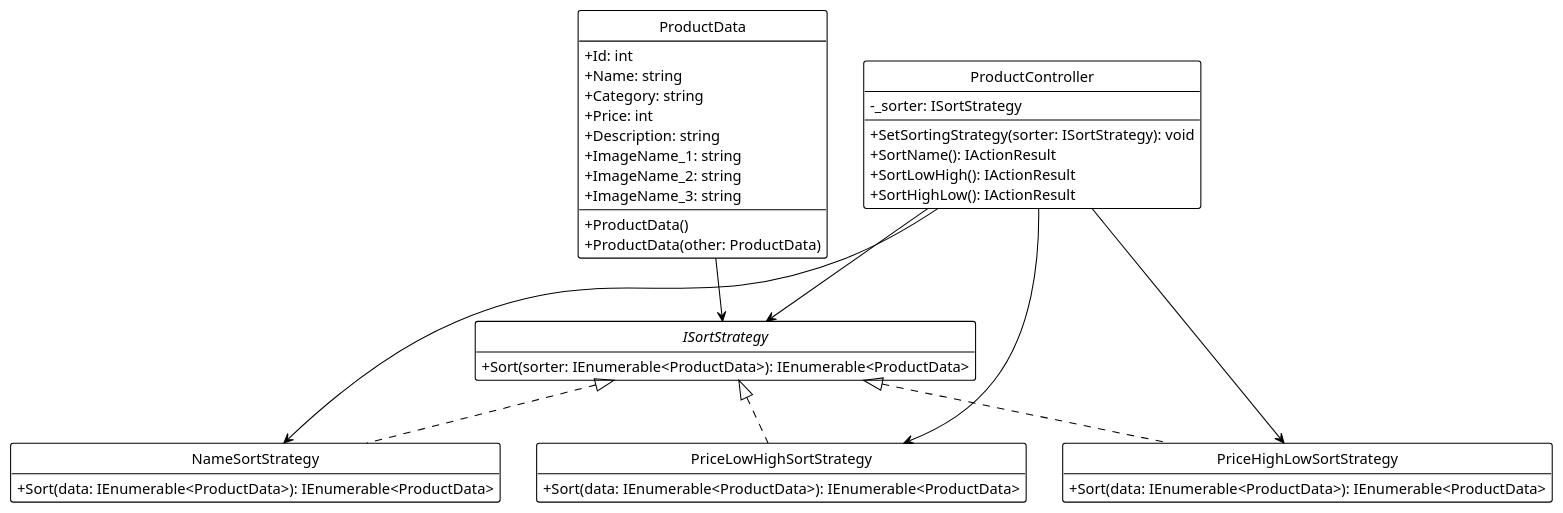
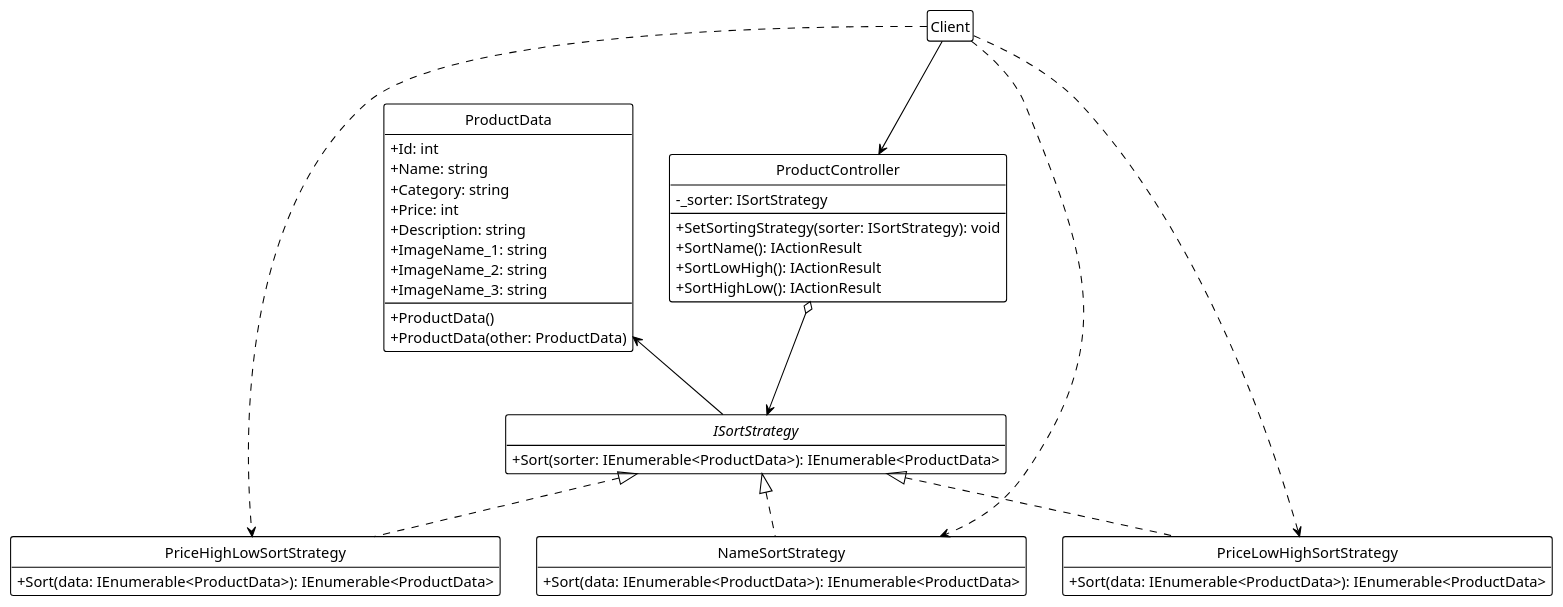
Before and after one commit to TibirnaVitalie/Proiect-TMPS: the diagram in UML/Strategy.puml, drawn with PlantUML. The commit also changed 9 other files, not shown here.

Commit message:
UML updates

```diff
--- a/UML/Strategy.puml
+++ b/UML/Strategy.puml
@@ -1,53 +1,55 @@
 @startuml
 !theme plain
 hide circle
 hide empty members
 skinparam classAttributeIconSize 0
 
 interface ISortStrategy {
     + Sort(sorter: IEnumerable<ProductData>): IEnumerable<ProductData>
 }
 
 class NameSortStrategy {
     + Sort(data: IEnumerable<ProductData>): IEnumerable<ProductData>
 }
 
 class PriceLowHighSortStrategy {
     + Sort(data: IEnumerable<ProductData>): IEnumerable<ProductData>
 }
 
 class PriceHighLowSortStrategy {
     + Sort(data: IEnumerable<ProductData>): IEnumerable<ProductData>
 }
 
 class ProductData {
     + Id: int
     + Name: string
     + Category: string
     + Price: int
     + Description: string
     + ImageName_1: string
     + ImageName_2: string
     + ImageName_3: string
     + ProductData()
     + ProductData(other: ProductData)
 }
 
 class ProductController {
     - _sorter: ISortStrategy
     + SetSortingStrategy(sorter: ISortStrategy): void
     + SortName(): IActionResult
     + SortLowHigh(): IActionResult
     + SortHighLow(): IActionResult
 }
 
 ISortStrategy <|.. NameSortStrategy
 ISortStrategy <|.. PriceLowHighSortStrategy
 ISortStrategy <|.. PriceHighLowSortStrategy
-ProductData --> ISortStrategy
-ProductController --> ISortStrategy
-ProductController --> NameSortStrategy
-ProductController --> PriceLowHighSortStrategy
-ProductController --> PriceHighLowSortStrategy
+ProductData <-- ISortStrategy
+ProductController o--> ISortStrategy
+
+Client --> ProductController
+Client ..> NameSortStrategy
+Client ..> PriceLowHighSortStrategy
+Client ..> PriceHighLowSortStrategy
 
 @enduml
```
